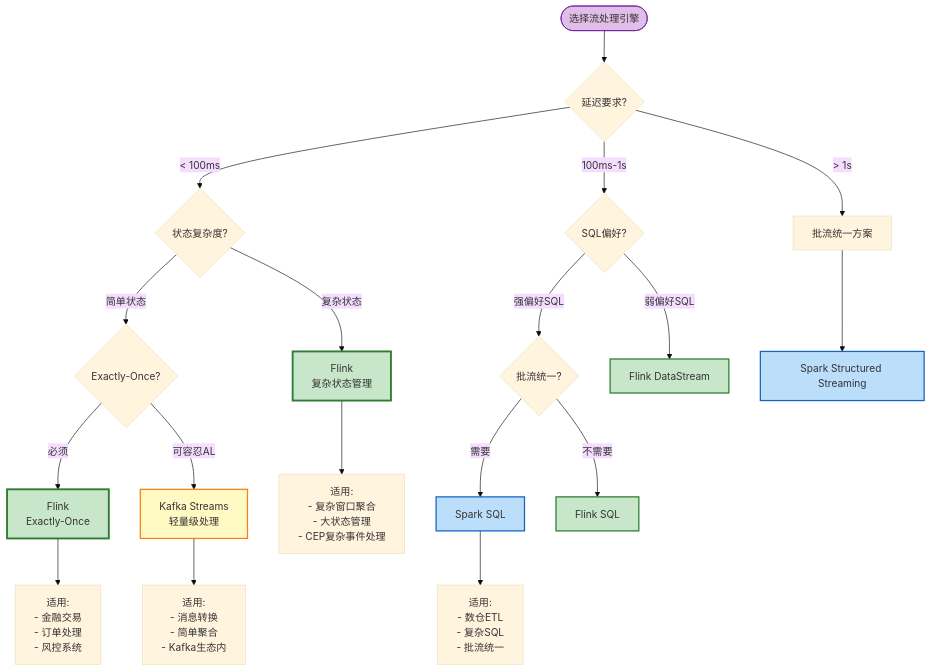
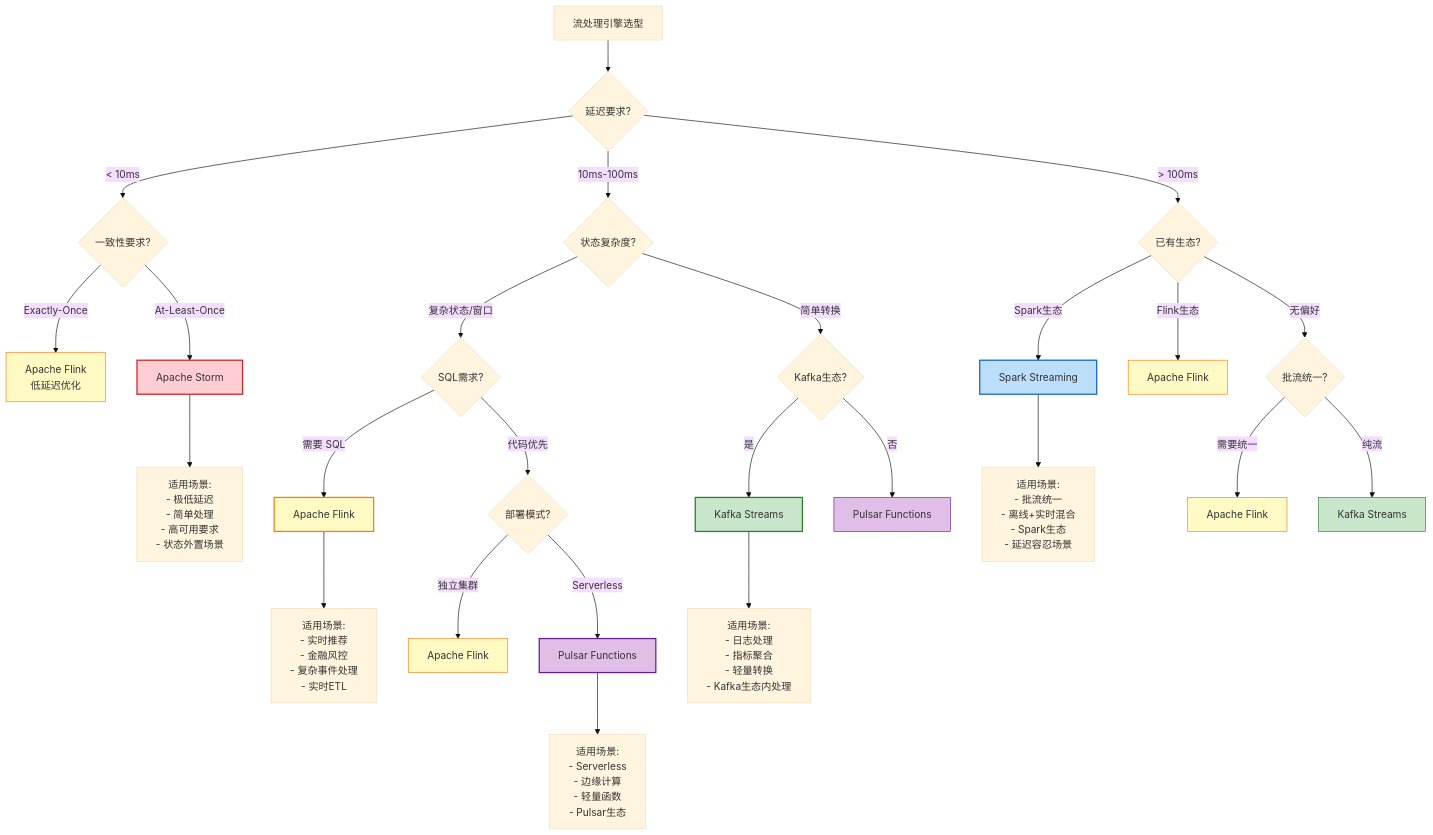
One commit to AdaMartin18010/AnalysisDataFlow changed the sixth of 7 diagrams in Knowledge/04-technology-selection/engine-selection-guide.md. Above: the diagram before and after it, drawn with Mermaid (base theme). The commit also changed other lines of this file and 11 other files, not shown here.

````diff
--- a/Knowledge/04-technology-selection/engine-selection-guide.md
+++ b/Knowledge/04-technology-selection/engine-selection-guide.md
@@ -452,37 +779,54 @@
 ```mermaid
 flowchart TD
-    START([选择流处理引擎])
+    START[流处理引擎选型]
 
     START --> Q1{延迟要求?}
-    Q1 -->|< 100ms| Q2{状态复杂度?}
-    Q1 -->|100ms-1s| Q3{SQL偏好?}
-    Q1 -->|> 1s| BATCH[批流统一方案]
 
-    Q2 -->|简单状态| Q4{Exactly-Once?}
-    Q2 -->|复杂状态| FLINK_STATE[Flink<br/>复杂状态管理]
+    Q1 -->|< 10ms| Q2{一致性要求?}
+    Q1 -->|10ms-100ms| Q3{状态复杂度?}
+    Q1 -->|> 100ms| Q4{已有生态?}
 
-    Q4 -->|必须| FLINK_EO[Flink<br/>Exactly-Once]
-    Q4 -->|可容忍AL| KAFKA_STREAMS[Kafka Streams<br/>轻量级处理]
+    Q2 -->|Exactly-Once| FLINK_LOW[Apache Flink<br/>低延迟优化]
+    Q2 -->|At-Least-Once| STORM[Apache Storm]
 
-    Q3 -->|强偏好SQL| Q5{批流统一?}
-    Q3 -->|弱偏好SQL| FLINK_DS[Flink DataStream]
+    Q3 -->|复杂状态/窗口| Q5{SQL需求?}
+    Q3 -->|简单转换| Q6{Kafka生态?}
 
-    Q5 -->|需要| SPARK_SQL[Spark SQL]
-    Q5 -->|不需要| FLINK_SQL[Flink SQL]
+    Q5 -->|需要 SQL| FLINK[Apache Flink]
+    Q5 -->|代码优先| Q7{部署模式?}
 
-    BATCH --> SPARK[Spark Structured Streaming]
+    Q7 -->|独立集群| FLINK2[Apache Flink]
+    Q7 -->|Serverless| PULSAR[Pulsar Functions]
 
-    FLINK_STATE --> FLINK_DETAIL["适用:<br/>- 复杂窗口聚合<br/>- 大状态管理<br/>- CEP复杂事件处理"]
-    FLINK_EO --> FLINK_EO_DETAIL["适用:<br/>- 金融交易<br/>- 订单处理<br/>- 风控系统"]
-    KAFKA_STREAMS --> KS_DETAIL["适用:<br/>- 消息转换<br/>- 简单聚合<br/>- Kafka生态内"]
-    SPARK_SQL --> SPARK_DETAIL["适用:<br/>- 数仓ETL<br/>- 复杂SQL<br/>- 批流统一"]
+    Q6 -->|是| KS[Kafka Streams]
+    Q6 -->|否| PULSAR2[Pulsar Functions]
 
-    style START fill:#e1bee7,stroke:#6a1b9a
-    style FLINK_STATE fill:#c8e6c9,stroke:#2e7d32,stroke-width:3px
-    style FLINK_EO fill:#c8e6c9,stroke:#2e7d32,stroke-width:3px
-    style FLINK_SQL fill:#c8e6c9,stroke:#2e7d32,stroke-width:2px
-    style FLINK_DS fill:#c8e6c9,stroke:#2e7d32,stroke-width:2px
+    Q4 -->|Spark生态| SPARK[Spark Streaming]
+    Q4 -->|Flink生态| FLINK3[Apache Flink]
+    Q4 -->|无偏好| Q8{批流统一?}
+
+    Q8 -->|需要统一| FLINK4[Apache Flink]
+    Q8 -->|纯流| KS2[Kafka Streams]
+
+    FLINK --> DETAIL_F["适用场景:<br/>- 实时推荐<br/>- 金融风控<br/>- 复杂事件处理<br/>- 实时ETL"]
+
+    KS --> DETAIL_KS["适用场景:<br/>- 日志处理<br/>- 指标聚合<br/>- 轻量转换<br/>- Kafka生态内处理"]
+
+    SPARK --> DETAIL_SPARK["适用场景:<br/>- 批流统一<br/>- 离线+实时混合<br/>- Spark生态<br/>- 延迟容忍场景"]
+
+    STORM --> DETAIL_STORM["适用场景:<br/>- 极低延迟<br/>- 简单处理<br/>- 高可用要求<br/>- 状态外置场景"]
+
+    PULSAR --> DETAIL_PULSAR["适用场景:<br/>- Serverless<br/>- 边缘计算<br/>- 轻量函数<br/>- Pulsar生态"]
+
+    style FLINK fill:#fff9c4,stroke:#f57f17,stroke-width:2px
+    style FLINK_LOW fill:#fff9c4,stroke:#f57f17
+    style FLINK2 fill:#fff9c4,stroke:#f57f17
+    style FLINK3 fill:#fff9c4,stroke:#f57f17
+    style FLINK4 fill:#fff9c4,stroke:#f57f17
+    style KS fill:#c8e6c9,stroke:#2e7d32,stroke-width:2px
+    style KS2 fill:#c8e6c9,stroke:#2e7d32
     style SPARK fill:#bbdefb,stroke:#1565c0,stroke-width:2px
-    style SPARK_SQL fill:#bbdefb,stroke:#1565c0,stroke-width:2px
-    style KAFKA_STREAMS fill:#fff9c4,stroke:#f57f17,stroke-width:2px
+    style STORM fill:#ffcdd2,stroke:#c62828,stroke-width:2px
+    style PULSAR fill:#e1bee7,stroke:#6a1b9a,stroke-width:2px
+    style PULSAR2 fill:#e1bee7,stroke:#6a1b9a
 ```
````
